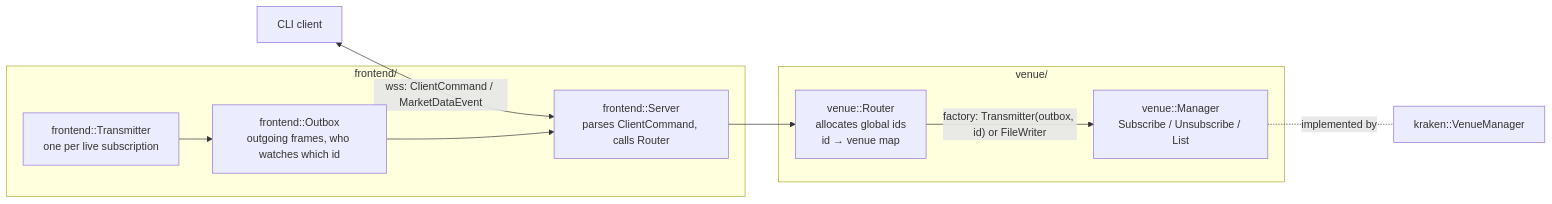
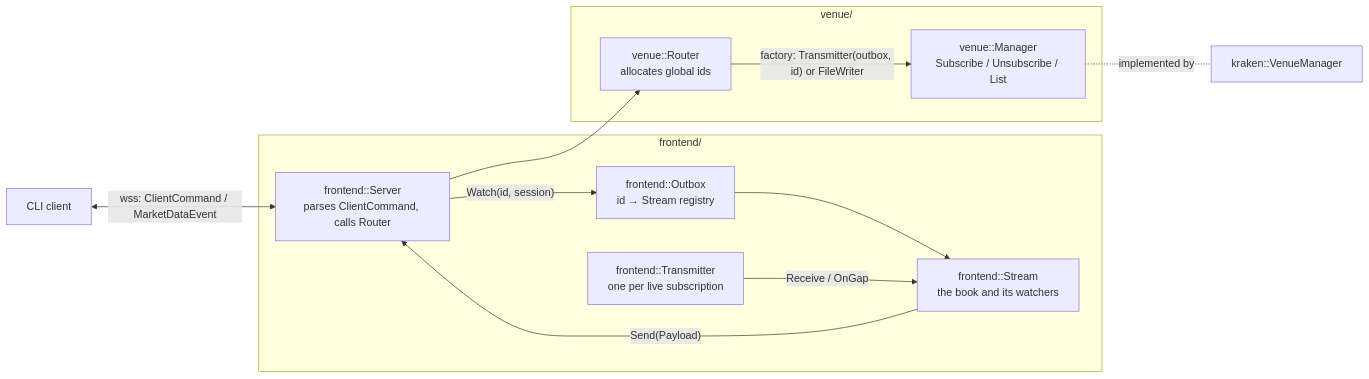
The third of 3 diagrams in data_feed/ARCHITECTURE.md (CptNemo0/StrategyNodes), drawn with Mermaid before and after one commit. The commit also changed other lines of this file and 37 other files, not shown here.

````diff
--- a/data_feed/ARCHITECTURE.md
+++ b/data_feed/ARCHITECTURE.md
@@ -195,19 +237,22 @@
 ```mermaid
 flowchart LR
     CLI["CLI client"] <-- "wss: ClientCommand / MarketDataEvent" --> SRV
     subgraph frontend["frontend/"]
         SRV["frontend::Server<br/>parses ClientCommand, calls Router"]
-        OUT["frontend::Outbox<br/>outgoing frames, who watches which id"]
+        OUT["frontend::Outbox<br/>id → Stream registry"]
         TX["frontend::Transmitter<br/>one per live subscription"]
+        ST["frontend::Stream<br/>the book and its watchers"]
     end
     subgraph venue["venue/"]
-        ROUTER["venue::Router<br/>allocates global ids<br/>id → venue map"]
+        ROUTER["venue::Router<br/>allocates global ids"]
         MGR["venue::Manager<br/>Subscribe / Unsubscribe / List"]
     end
     KVM["kraken::VenueManager"]
 
     SRV --> ROUTER
     ROUTER -- "factory: Transmitter(outbox, id) or FileWriter" --> MGR
     MGR -. "implemented by" .- KVM
-    TX --> OUT --> SRV
+    SRV -- "Watch(id, session)" --> OUT --> ST
+    TX -- "Receive / OnGap" --> ST
+    ST -- "Send(Payload)" --> SRV
 ```
````
